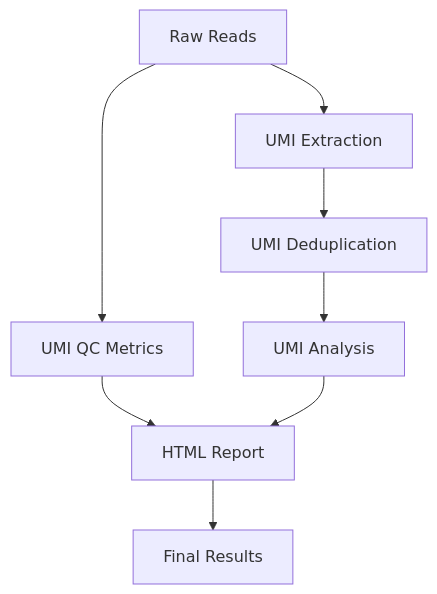
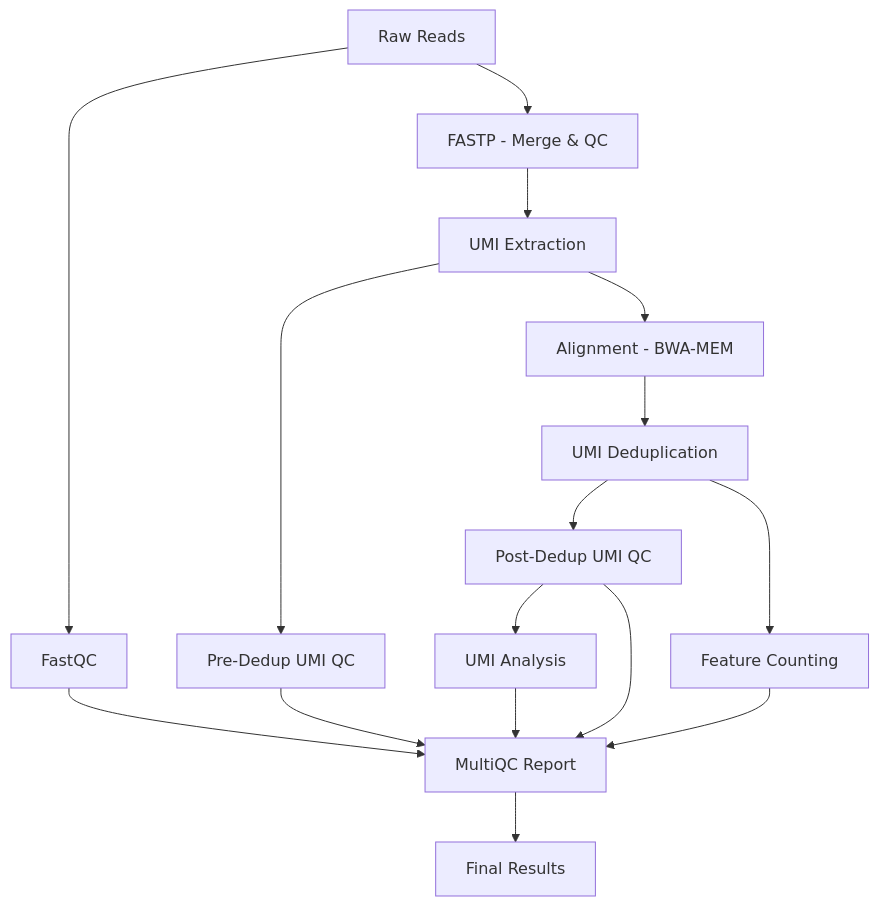
Before and after one commit to mgl0619/umi_amplicon: the diagram in README.md, drawn with Mermaid. The commit also changed other lines of this file and 28 other files, not shown here.

````diff
--- a/README.md
+++ b/README.md
@@ -90,10 +167,18 @@
 ```mermaid
 graph TD
-    A[Raw Reads] --> B[UMI QC Metrics]
-    A --> C[UMI Extraction]
-    C --> D[UMI Deduplication]
-    D --> E[UMI Analysis]
-    B --> F[HTML Report]
-    E --> F
-    F --> G[Final Results]
+    A[Raw Reads] --> B[FastQC]
+    A --> C[FASTP - Merge & QC]
+    C --> D[UMI Extraction]
+    D --> E[Pre-Dedup UMI QC]
+    D --> F[Alignment - BWA-MEM]
+    F --> G[UMI Deduplication]
+    G --> H[Post-Dedup UMI QC]
+    G --> I[Feature Counting]
+    H --> J[UMI Analysis]
+    B --> K[MultiQC Report]
+    E --> K
+    H --> K
+    I --> K
+    J --> K
+    K --> L[Final Results]
 ```
````
